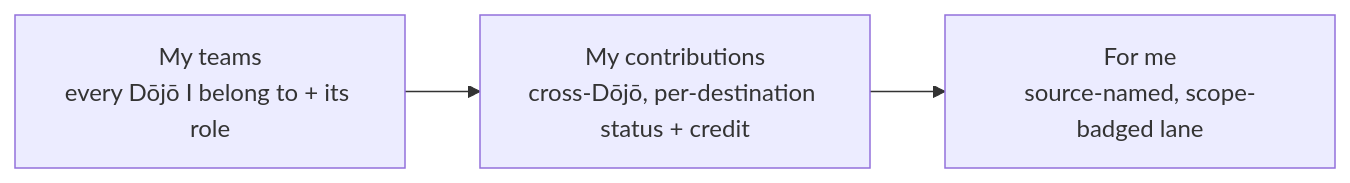
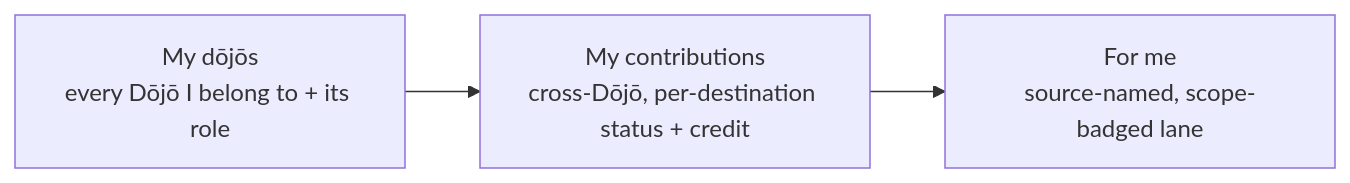
One commit to sensei-hq/sensei changed the eighth of 10 diagrams in docs/journeys/dojo.md. Above: the diagram before and after it, drawn with Mermaid. The commit also changed other lines of this file and 49 other files, not shown here.

````diff
--- a/docs/journeys/dojo.md
+++ b/docs/journeys/dojo.md
@@ -83,5 +220,5 @@
 ```mermaid
 flowchart LR
-    dc1[My teams<br/>every Dōjō I belong to + its role] --> dc2[My contributions<br/>cross-Dōjō, per-destination status + credit]
+    dc1[My dōjōs<br/>every Dōjō I belong to + its role] --> dc2[My contributions<br/>cross-Dōjō, per-destination status + credit]
     dc2 --> dc3[For me<br/>source-named, scope-badged lane]
 ```
````
